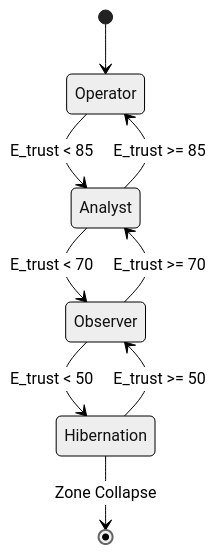
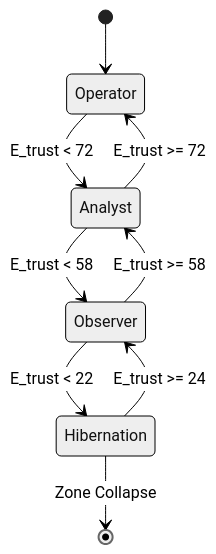
The second of 2 diagrams in rfcs/ktp-enforce.md (nmcitra/ktp-rfc), drawn with Mermaid (neutral theme) before and after one commit. The commit also changed other lines of this file and 9 other files, not shown here.

````diff
--- a/rfcs/ktp-enforce.md
+++ b/rfcs/ktp-enforce.md
@@ -67,15 +67,15 @@
 ```mermaid
 stateDiagram-v2
     [*] --> Operator
     
-    Operator --> Analyst: E_trust < 85
-    Analyst --> Operator: E_trust >= 85
+    Operator --> Analyst: E_trust < 72
+    Analyst --> Operator: E_trust >= 72
     
-    Analyst --> Observer: E_trust < 70
-    Observer --> Analyst: E_trust >= 70
+    Analyst --> Observer: E_trust < 58
+    Observer --> Analyst: E_trust >= 58
     
-    Observer --> Hibernation: E_trust < 50
-    Hibernation --> Observer: E_trust >= 50
+    Observer --> Hibernation: E_trust < 22
+    Hibernation --> Observer: E_trust >= 24
     
     Hibernation --> [*]: Zone Collapse
 ```
````
